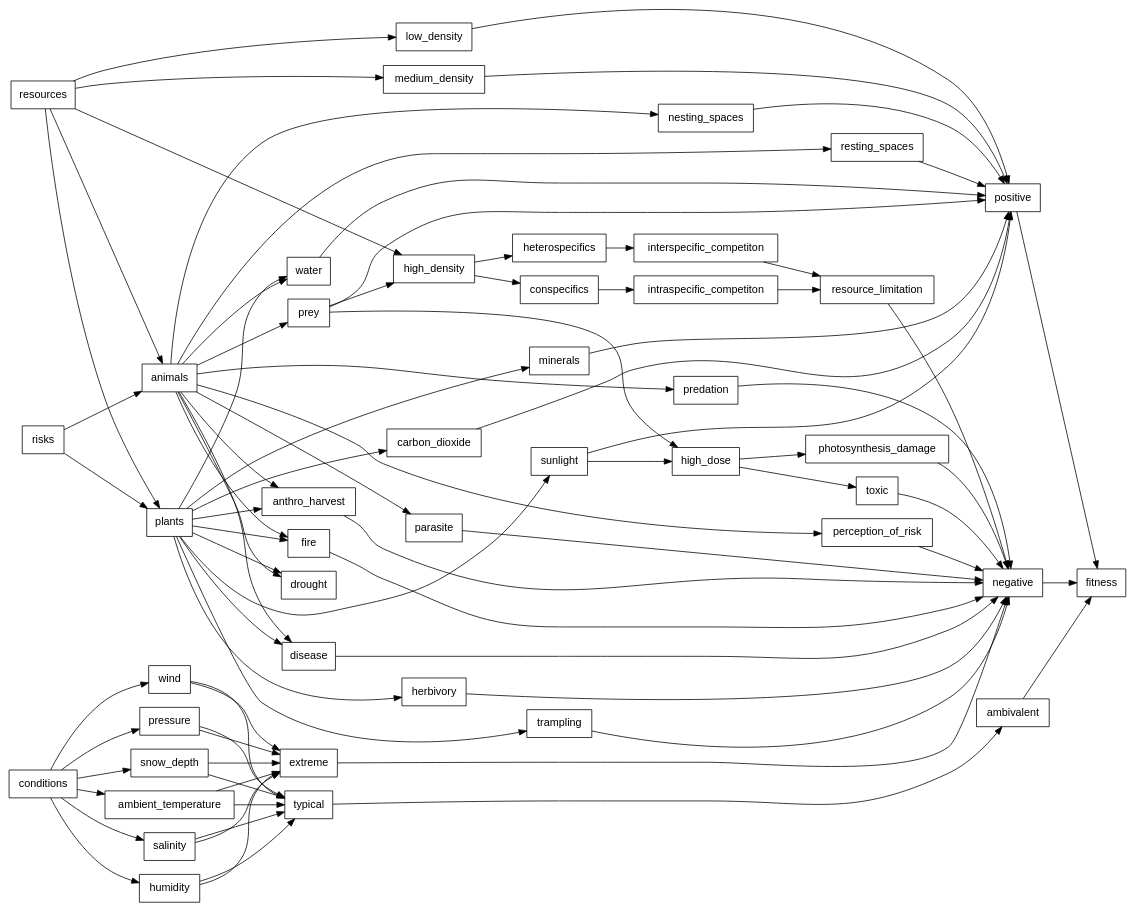
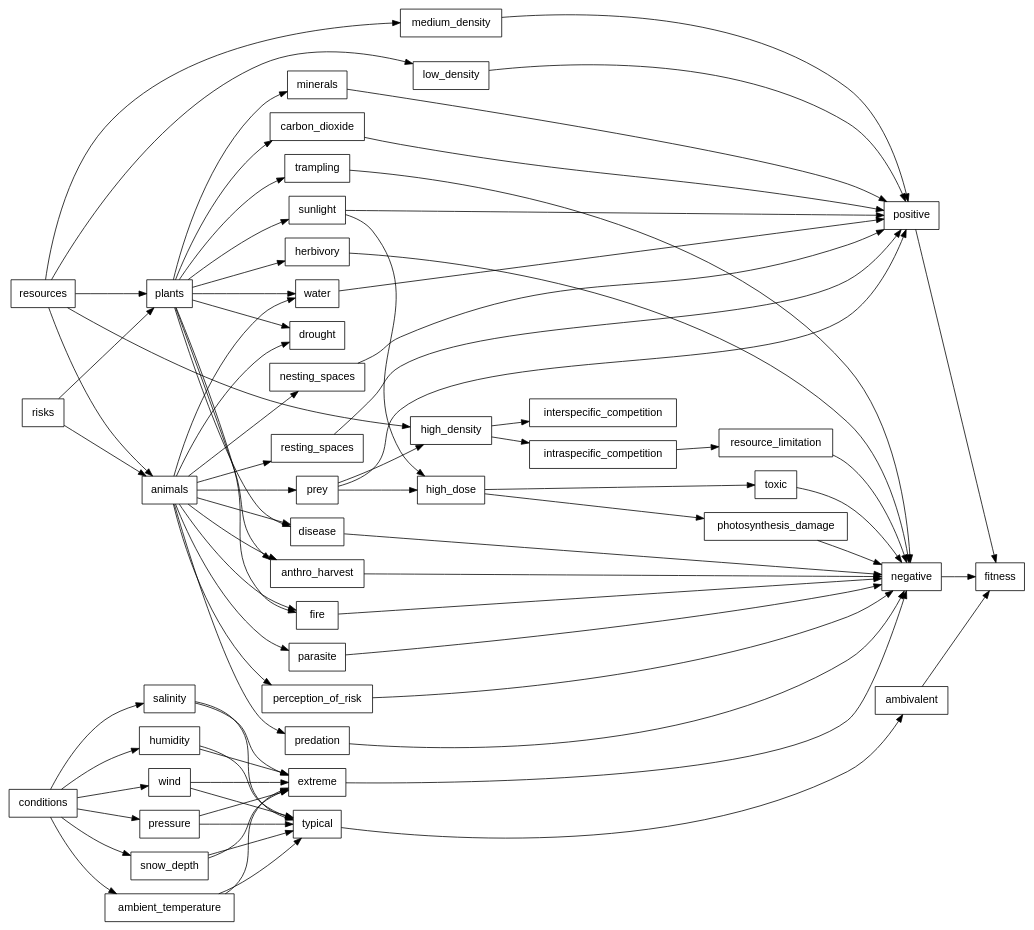
The diagram in gv/resources-risks-conditions.gv (robitalec/comprehensive-exam), drawn with Graphviz before and after one commit.

Commit message:
more ranks

```diff
--- a/gv/resources-risks-conditions.gv
+++ b/gv/resources-risks-conditions.gv
@@ -1,53 +1,82 @@
 digraph resources_risks_conditions {
 	rankdir = LR
   graph [fontsize = 12]
 
 	node [shape = box, fontname = Helvetica]
 
 		{rank=same
 	    resources
 	    risks
 	    conditions
 		}
 
 		{rank=same
 		  animals
 		  plants
 		}
 
 		{rank=same
 			positive
 			negative
 			ambivalent
 		}
 
+		{rank=same
+			sunlight
+			carbon_dioxide
+			water
+			minerals
+			prey
+			water
+			nesting_spaces
+			resting_spaces
+		}
+
+		{rank=same
+			high_density
+			low_density
+			medium_density
+			high_dose
+		}
+
+		{rank=same
+			herbivory
+			trampling
+			anthro_harvest
+			fire
+			disease
+			drought
+			predation
+			perception_of_risk
+			parasite
+			disease
+		}
+
     resources -> plants -> {sunlight carbon_dioxide water minerals}
     resources -> animals -> {prey water nesting_spaces resting_spaces}
 
     risks -> plants -> {herbivory trampling anthro_harvest fire disease drought}
     risks -> animals -> {predation perception_of_risk parasite disease anthro_harvest fire drought}
 
     conditions -> {ambient_temperature salinity humidity wind pressure snow_depth} -> {extreme typical}
 
     prey -> high_dose -> toxic
     sunlight -> high_dose -> photosynthesis_damage
 
-    prey -> high_density -> {conspecifics heterospecifics}
-    conspecifics -> intraspecific_competiton
-    heterospecifics -> interspecific_competiton
-  	{intraspecific_competiton interspecific_competiton} -> resource_limitation
+    prey -> high_density -> {interspecific_competition intraspecific_competition}
+  	{intraspecific_competition intraspecific_competition} -> resource_limitation
 
     resources -> {low_density medium_density high_density}
 
     extreme -> negative
     typical -> ambivalent
 
     {toxic photosynthesis_damage} -> negative
     {herbivory trampling anthro_harvest fire disease parasite perception_of_risk predation resource_limitation} -> negative
 
 		{medium_density low_density, resting_spaces nesting_spaces prey} -> positive
 		{carbon_dioxide minerals water sunlight} -> positive
 
     {positive  negative  ambivalent} -> fitness
 
 }
```
